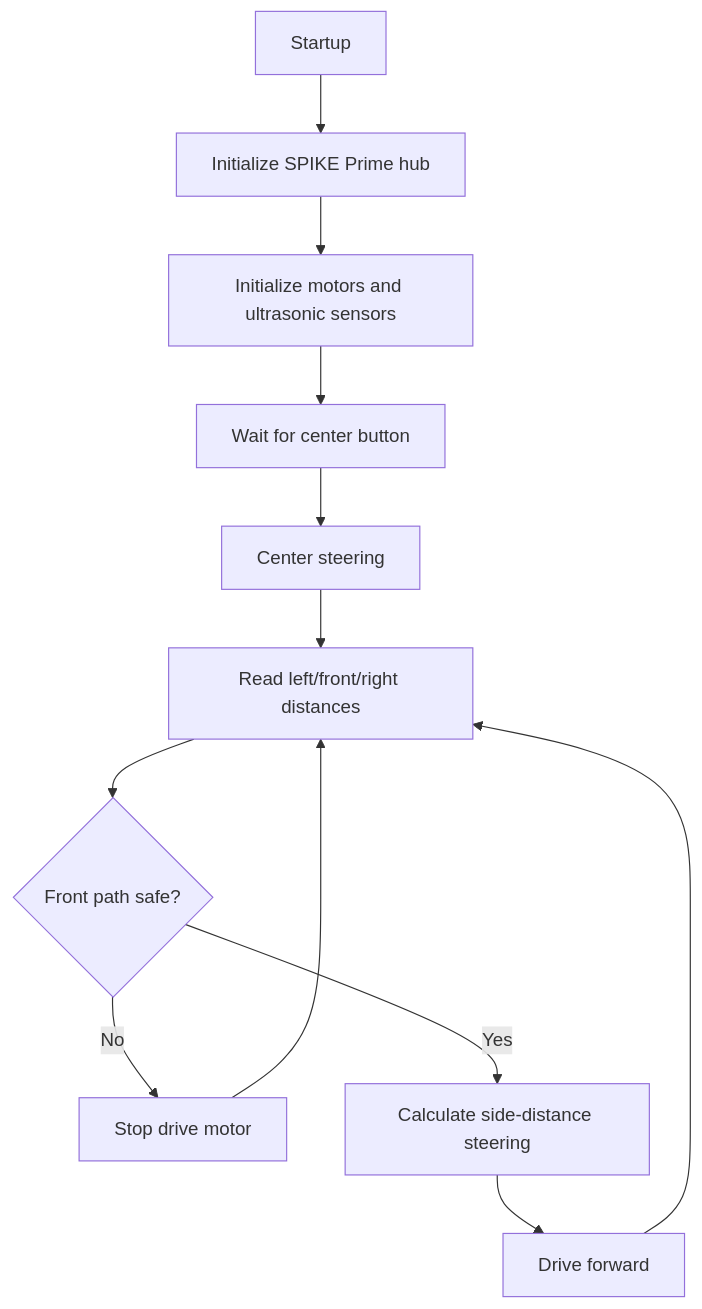
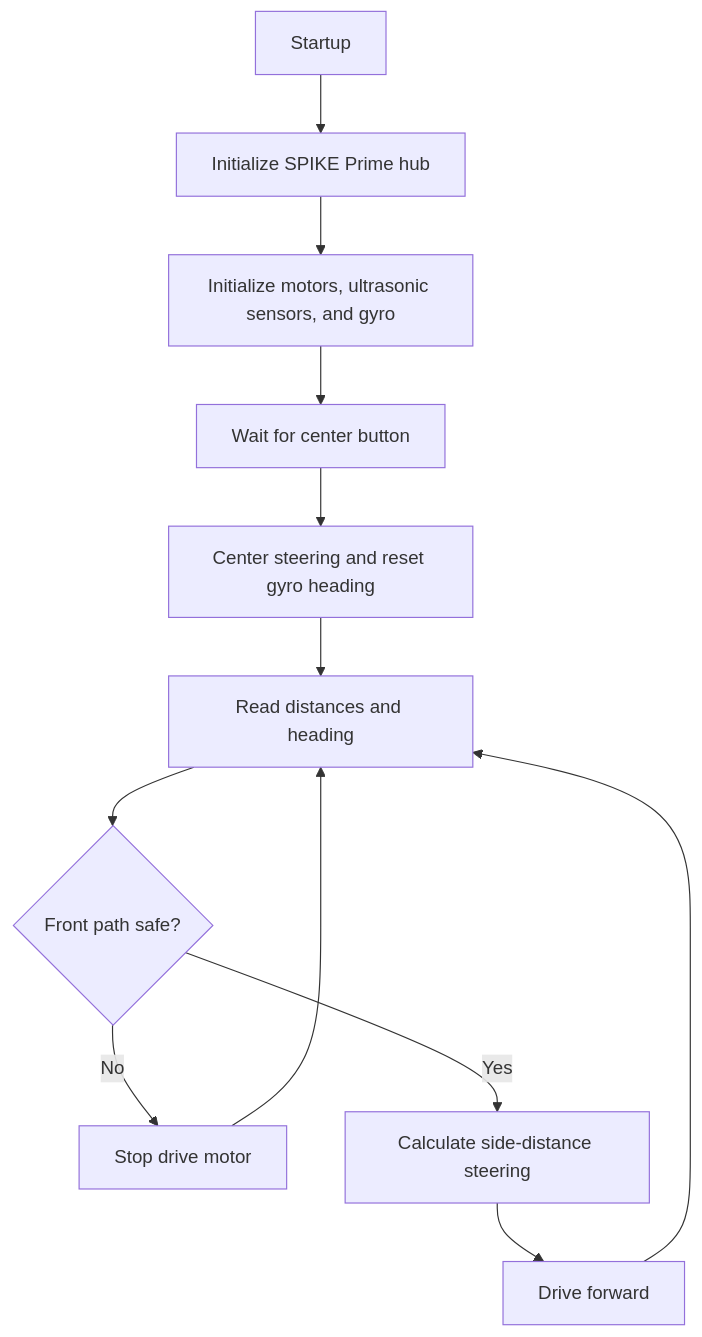
Before and after one commit to Mechanicous/WRO-Future-Engineers-2026: the diagram in docs/software-architecture.md, drawn with Mermaid. The commit also changed other lines of this file and 15 other files, not shown here.

````diff
--- a/docs/software-architecture.md
+++ b/docs/software-architecture.md
@@ -25,14 +25,14 @@
 ```mermaid
 flowchart TD
     A["Startup"] --> B["Initialize SPIKE Prime hub"]
-    B --> C["Initialize motors and ultrasonic sensors"]
+    B --> C["Initialize motors, ultrasonic sensors, and gyro"]
     C --> D["Wait for center button"]
-    D --> E["Center steering"]
-    E --> F["Read left/front/right distances"]
+    D --> E["Center steering and reset gyro heading"]
+    E --> F["Read distances and heading"]
     F --> G{"Front path safe?"}
     G -- "No" --> H["Stop drive motor"]
     G -- "Yes" --> I["Calculate side-distance steering"]
     I --> J["Drive forward"]
     H --> F
     J --> F
 ```
````
